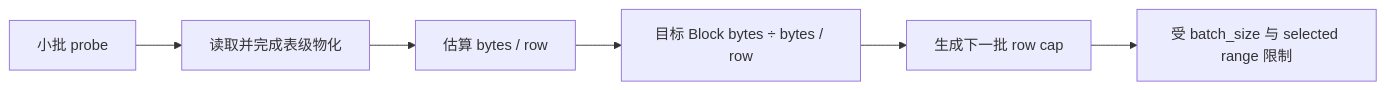
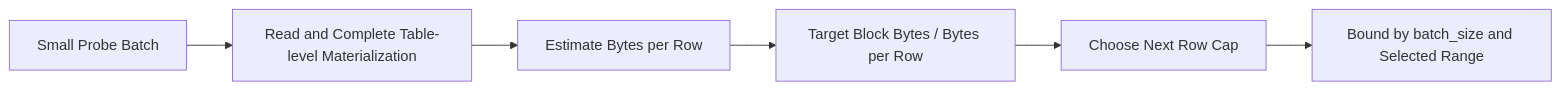
Diagram 11 of 13 in docs/file-scanner-v2-parquet-scan-design.md (apache/doris), drawn with Mermaid before and after one commit. The commit also changed other lines of this file and 1 other file, not shown here.

````diff
--- a/docs/file-scanner-v2-parquet-scan-design.md
+++ b/docs/file-scanner-v2-parquet-scan-design.md
@@ -355,8 +390,8 @@
 ```mermaid
 flowchart LR
-  A[小批 probe] --> B[读取并完成表级物化]
-  B --> C[估算 bytes / row]
-  C --> D[目标 Block bytes ÷ bytes / row]
-  D --> E[生成下一批 row cap]
-  E --> F[受 batch_size 与 selected range 限制]
+  A[Small Probe Batch] --> B[Read and Complete Table-level Materialization]
+  B --> C[Estimate Bytes per Row]
+  C --> D[Target Block Bytes / Bytes per Row]
+  D --> E[Choose Next Row Cap]
+  E --> F[Bound by batch_size and Selected Range]
 ```
````
